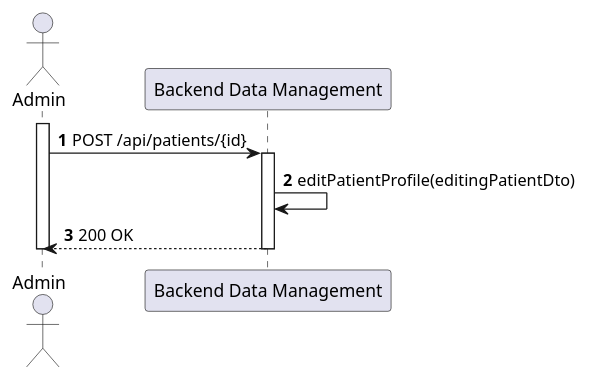
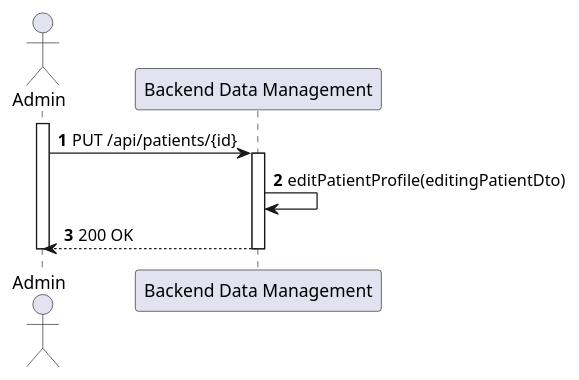
The diagram in docs/sprint-a/us-5.1.9/views/level2/process-view.puml (1220846/sem5pi-24-25-3ddg20), drawn with PlantUML before and after one commit. The commit also changed 23 other files, not shown here.

```diff
--- a/docs/sprint-a/us-5.1.9/views/level2/process-view.puml
+++ b/docs/sprint-a/us-5.1.9/views/level2/process-view.puml
@@ -1,15 +1,15 @@
 @startuml process-view
 autonumber
 
 actor "Admin" as ADM
 participant "Backend Data Management" as BDM
 
 activate ADM
-ADM-> BDM : POST /api/patients/{id}
+ADM-> BDM : PUT /api/patients/{id}
 activate BDM
     BDM -> BDM : editPatientProfile(editingPatientDto)
     ADM<-- BDM : 200 OK
 deactivate BDM
 deactivate ADM
 
 @enduml
```
